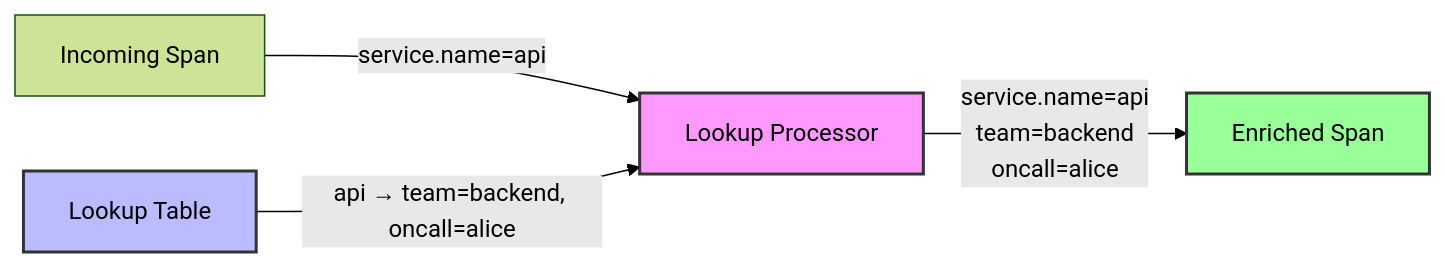
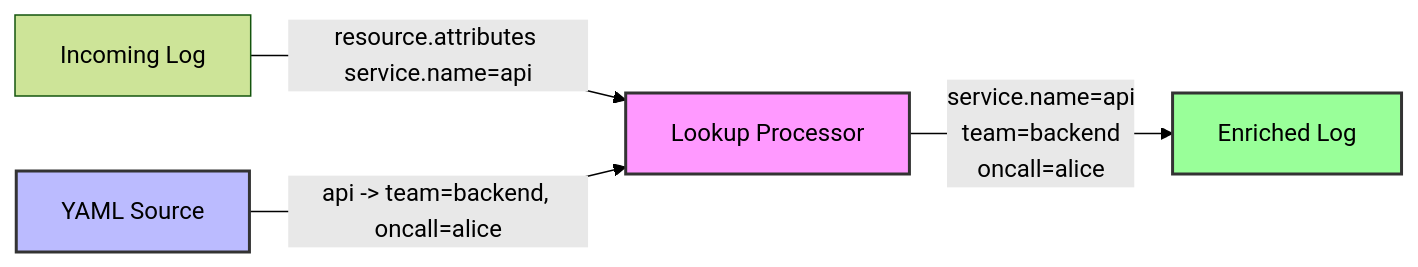
One commit to OneUptime/blog changed the diagram in posts/2026-02-06-lookup-processor-opentelemetry-collector/README.md. Above: the diagram before and after it, drawn with Mermaid (forest theme). The commit also changed other lines of this file and 2 other files, not shown here.

Commit message:
validate: 2026-02-06-lookup-processor-opentelemetry-collector

````diff
--- a/posts/2026-02-06-lookup-processor-opentelemetry-collector/README.md
+++ b/posts/2026-02-06-lookup-processor-opentelemetry-collector/README.md
@@ -26,10 +26,10 @@
 ```mermaid
 graph LR
-    A[Incoming Span] -->|service.name=api| B[Lookup Processor]
-    C[Lookup Table] -->|api → team=backend, oncall=alice| B
-    B -->|service.name=api<br/>team=backend<br/>oncall=alice| D[Enriched Span]
+    A[Incoming Log] -->|resource.attributes service.name=api| B[Lookup Processor]
+    C[YAML Source] -->|api -> team=backend, oncall=alice| B
+    B -->|service.name=api<br/>team=backend<br/>oncall=alice| D[Enriched Log]
 
     style B fill:#f9f,stroke:#333,stroke-width:2px
     style C fill:#bbf,stroke:#333,stroke-width:2px
     style D fill:#9f9,stroke:#333,stroke-width:2px
 ```
````
